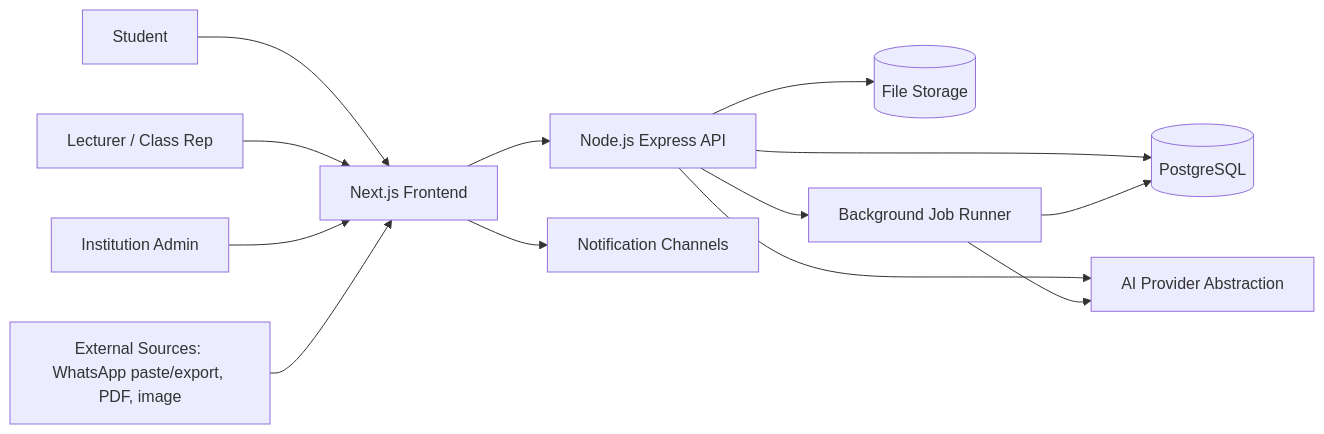
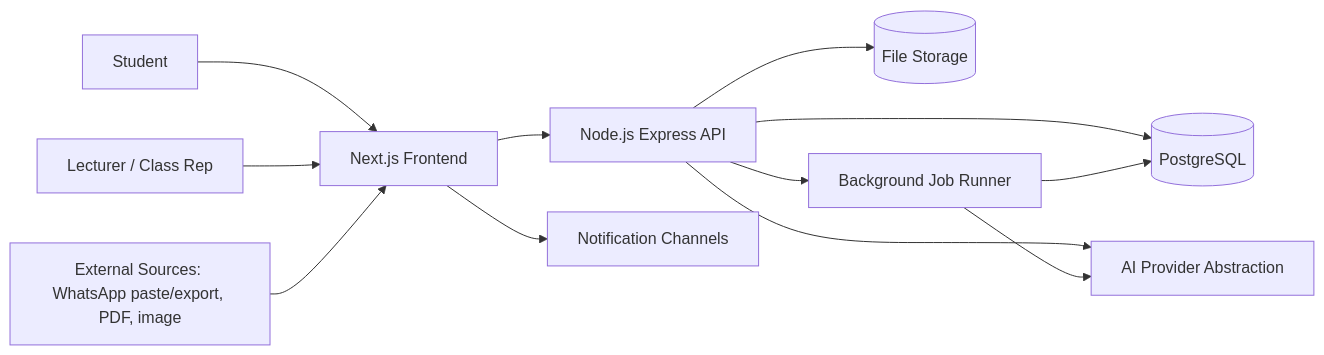
Before and after one commit to Root-node1/okoa-sem: the first of 7 diagrams in docs/SYSTEM_DESIGN.md, drawn with Mermaid. The commit also changed other lines of this file and 69 other files, not shown here.

````diff
--- a/docs/SYSTEM_DESIGN.md
+++ b/docs/SYSTEM_DESIGN.md
@@ -19,15 +19,14 @@
 ```mermaid
 flowchart LR
   Student[Student] --> Web[Next.js Frontend]
   Lecturer[Lecturer / Class Rep] --> Web
-  Admin[Institution Admin] --> Web
   Web --> API[Node.js Express API]
   API --> DB[(PostgreSQL)]
   API --> Storage[(File Storage)]
   API --> AI[AI Provider Abstraction]
   API --> Queue[Background Job Runner]
   Queue --> AI
   Queue --> DB
   Web --> Notify[Notification Channels]
   External[External Sources: WhatsApp paste/export, PDF, image] --> Web
 ```
````
